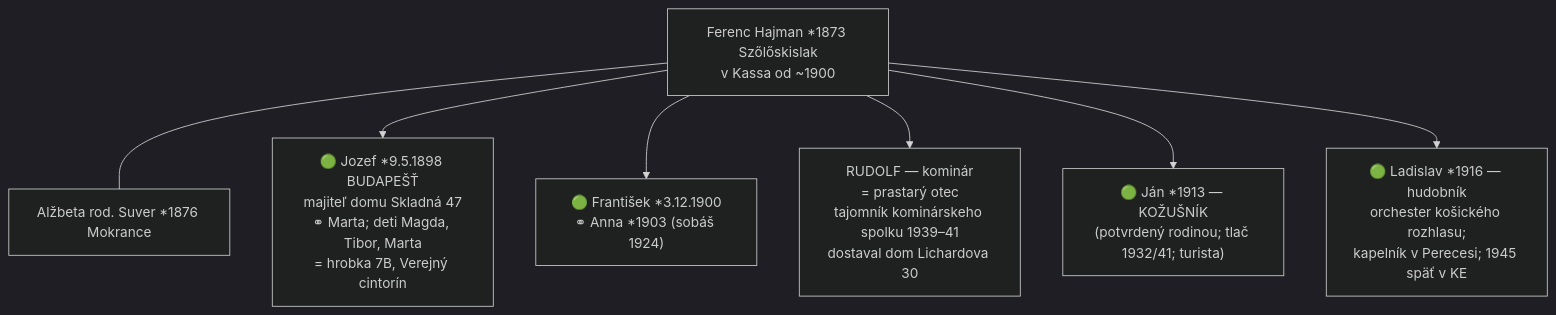
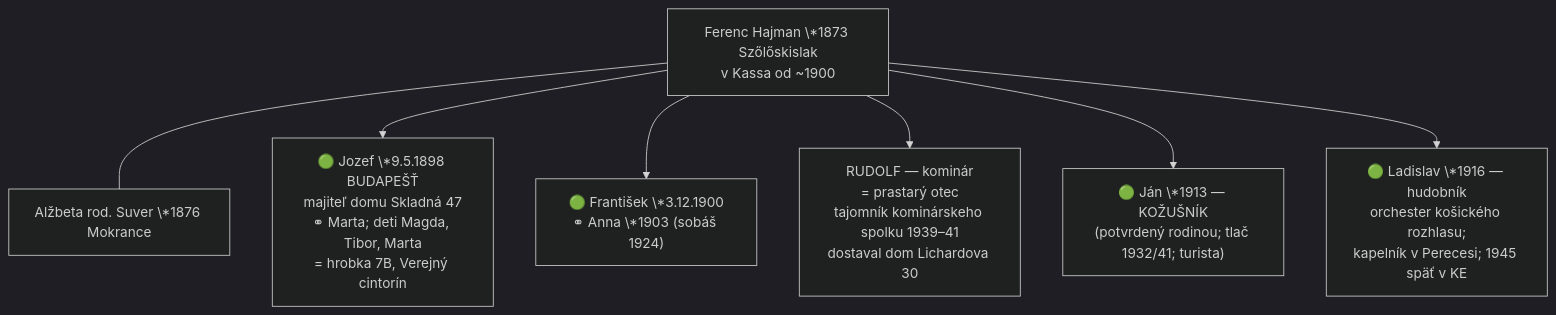
The fifth of 6 diagrams in docs/rodokmen.md (vrusi/genealogia), drawn with Mermaid (dark theme) before and after one commit. The commit also changed other lines of this file and 17 other files, not shown here.

````diff
--- a/docs/rodokmen.md
+++ b/docs/rodokmen.md
@@ -159,9 +159,9 @@
 ```mermaid
 graph TD
-  FH["Ferenc Hajman *1873 Szőlőskislak<br>v Kassa od ~1900"] --- ASch["Alžbeta rod. Suver *1876 Mokrance"]
-  FH --> J98["🟢 Jozef *9.5.1898 BUDAPEŠŤ<br>majiteľ domu Skladná 47<br>⚭ Marta; deti Magda, Tibor, Marta<br>= hrobka 7B, Verejný cintorín"]
-  FH --> F00["🟢 František *3.12.1900<br>⚭ Anna *1903 (sobáš 1924)"]
+  FH["Ferenc Hajman \*1873 Szőlőskislak<br>v Kassa od ~1900"] --- ASch["Alžbeta rod. Suver \*1876 Mokrance"]
+  FH --> J98["🟢 Jozef \*9.5.1898 BUDAPEŠŤ<br>majiteľ domu Skladná 47<br>⚭ Marta; deti Magda, Tibor, Marta<br>= hrobka 7B, Verejný cintorín"]
+  FH --> F00["🟢 František \*3.12.1900<br>⚭ Anna \*1903 (sobáš 1924)"]
   FH --> RH2["RUDOLF — kominár<br>= prastarý otec<br>tajomník kominárskeho spolku 1939–41<br>dostaval dom Lichardova 30"]
-  FH --> J13["🟢 Ján *1913 — KOŽUŠNÍK<br>(potvrdený rodinou; tlač 1932/41; turista)"]
-  FH --> L16["🟢 Ladislav *1916 — hudobník<br>orchester košického rozhlasu;<br>kapelník v Perecesi; 1945 späť v KE"]
+  FH --> J13["🟢 Ján \*1913 — KOŽUŠNÍK<br>(potvrdený rodinou; tlač 1932/41; turista)"]
+  FH --> L16["🟢 Ladislav \*1916 — hudobník<br>orchester košického rozhlasu;<br>kapelník v Perecesi; 1945 späť v KE"]
 ```
````
